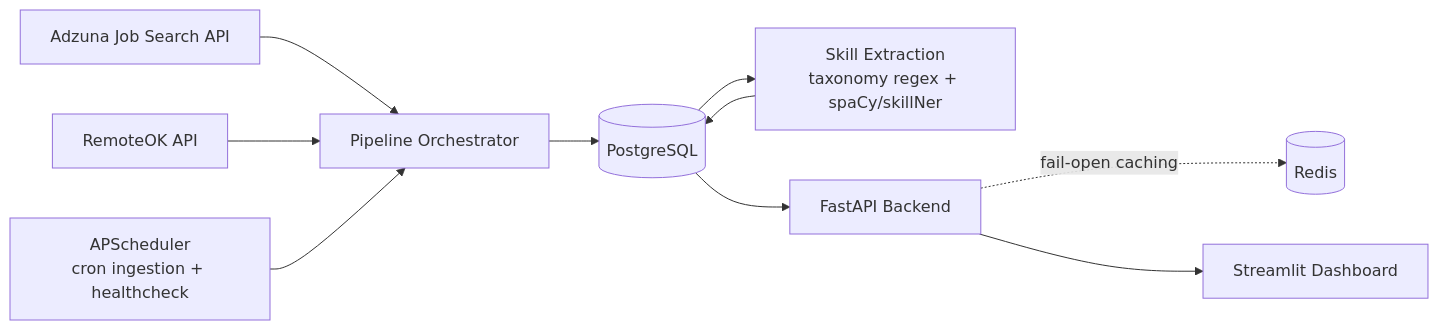
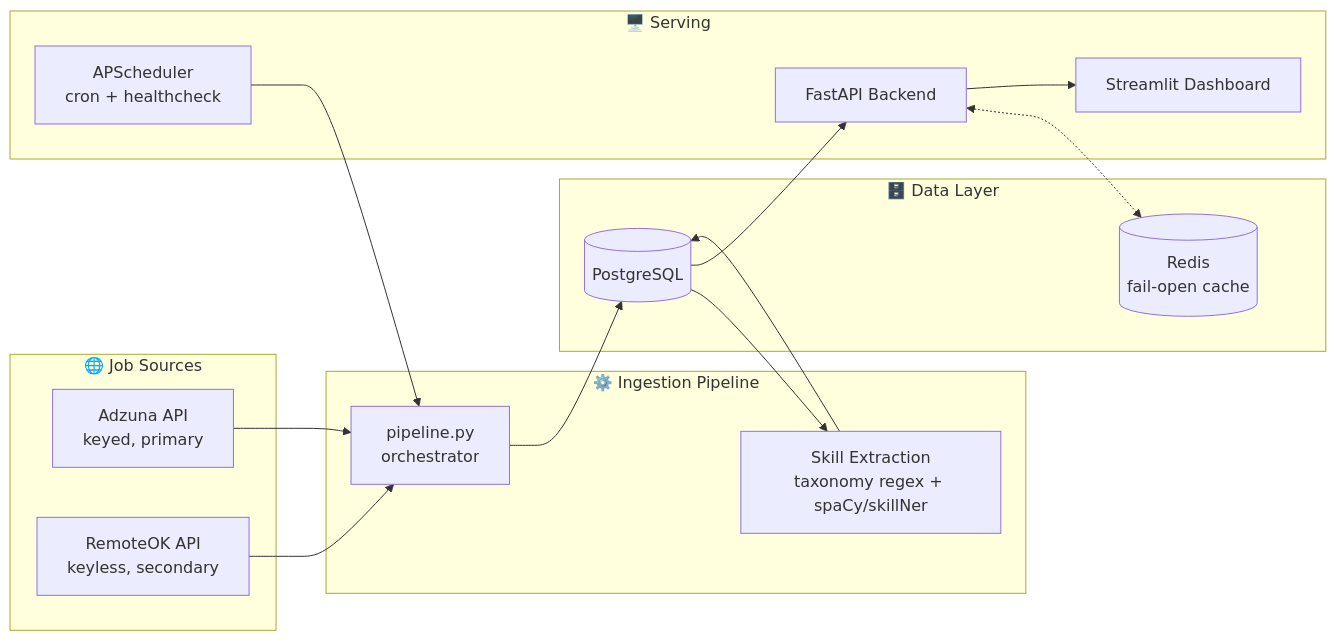
The diagram in README.md (DharmiSapariya/NextSkill), drawn with Mermaid before and after one commit. The commit also changed other lines of this file, not shown here.

````diff
--- a/README.md
+++ b/README.md
@@ -36,12 +101,29 @@
 ```mermaid
 flowchart LR
-    A[Adzuna Job Search API] --> P[Pipeline Orchestrator]
-    B[RemoteOK API] --> P
-    P --> C[(PostgreSQL)]
-    C --> D[Skill Extraction<br/>taxonomy regex + spaCy/skillNer]
-    D --> C
-    C --> E[FastAPI Backend]
-    E -.->|fail-open caching| R[(Redis)]
-    S[APScheduler<br/>cron ingestion + healthcheck] --> P
-    E --> DASH[Streamlit Dashboard]
+    subgraph Sources["🌐 Job Sources"]
+        A[Adzuna API<br/>keyed, primary]
+        B[RemoteOK API<br/>keyless, secondary]
+    end
+
+    subgraph Pipeline["⚙️ Ingestion Pipeline"]
+        P[pipeline.py<br/>orchestrator]
+        X[Skill Extraction<br/>taxonomy regex + spaCy/skillNer]
+    end
+
+    subgraph Store["🗄️ Data Layer"]
+        DB[(PostgreSQL)]
+        R[(Redis<br/>fail-open cache)]
+    end
+
+    subgraph Serve["🖥️ Serving"]
+        API[FastAPI Backend]
+        S[APScheduler<br/>cron + healthcheck]
+        DASH[Streamlit Dashboard]
+    end
+
+    A & B --> P --> DB
+    DB --> X --> DB
+    API <-.-> R
+    DB --> API --> DASH
+    S --> P
 ```
````
